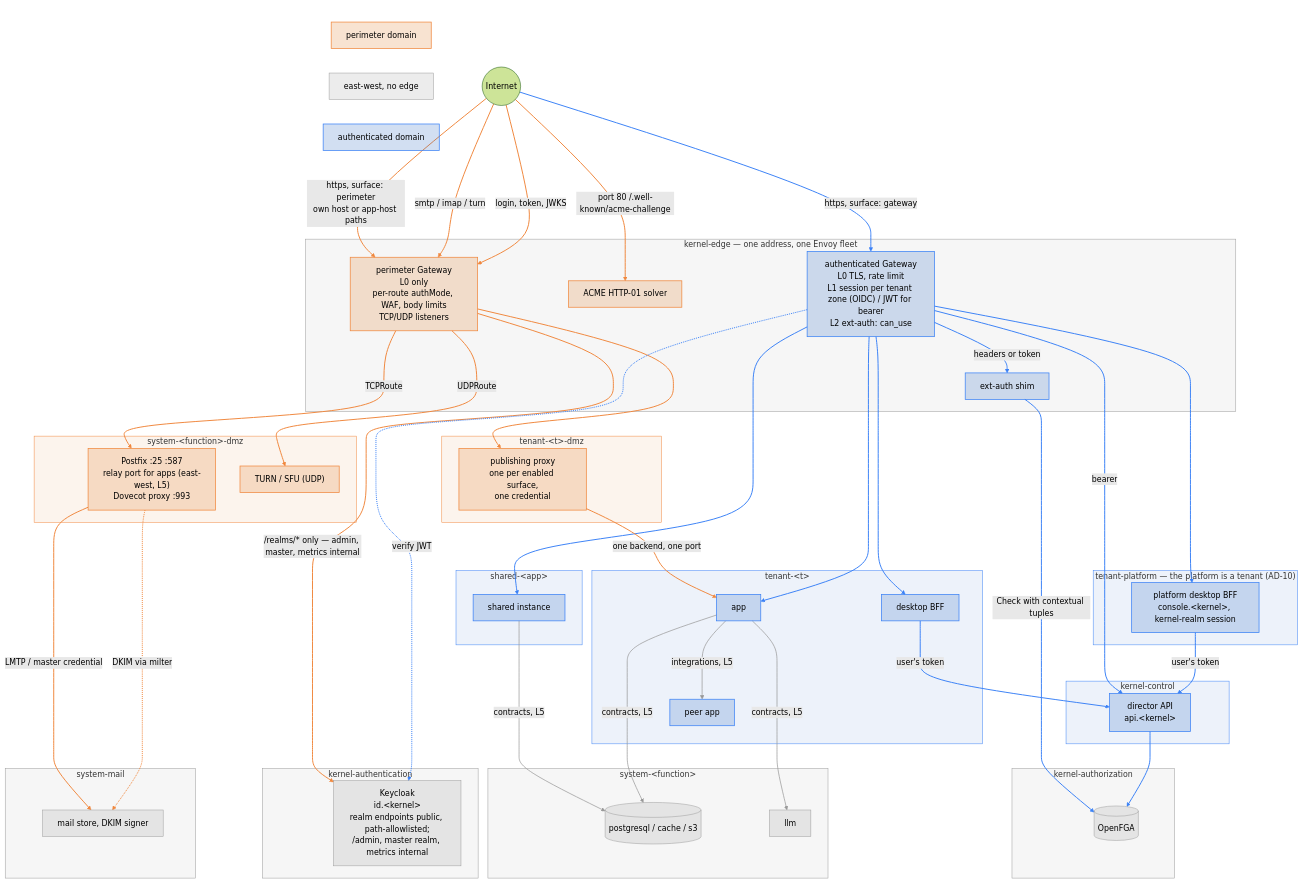
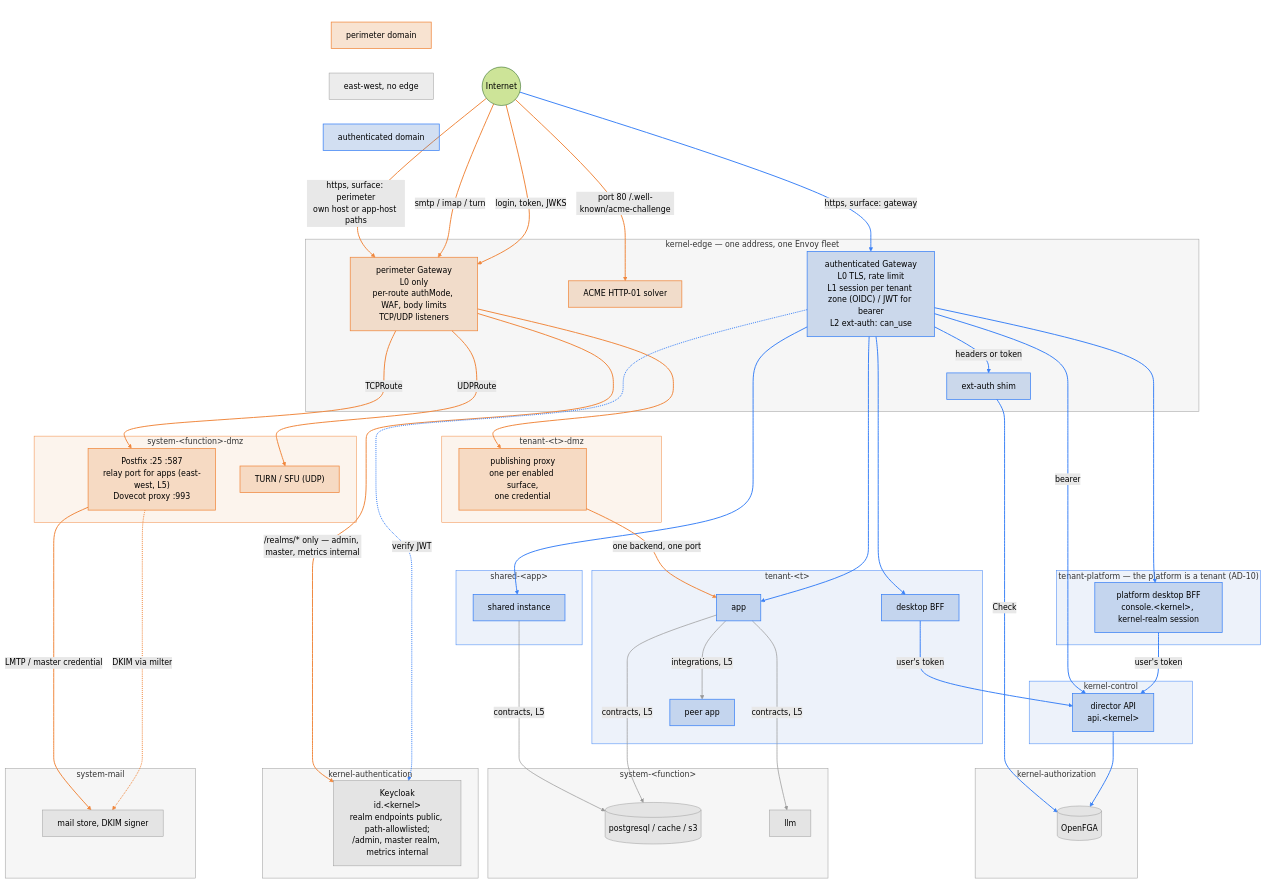
One commit to gentian-org/gentian-os changed the diagram in docs/plans/networking.md. Above: the diagram before and after it, drawn with Mermaid (forest theme). The commit also changed other lines of this file and 6 other files, not shown here.

```diff
--- a/docs/plans/networking.md
+++ b/docs/plans/networking.md
@@ -122,7 +122,7 @@
 
     NET -->|"https, surface: gateway"| AG
     AG -->|"headers or token"| SHIM
-    SHIM -->|"Check with contextual tuples"| FGA
+    SHIM -->|"Check"| FGA
     AG --> DESK
     AG --> SAPP
     AG --> CON
```
